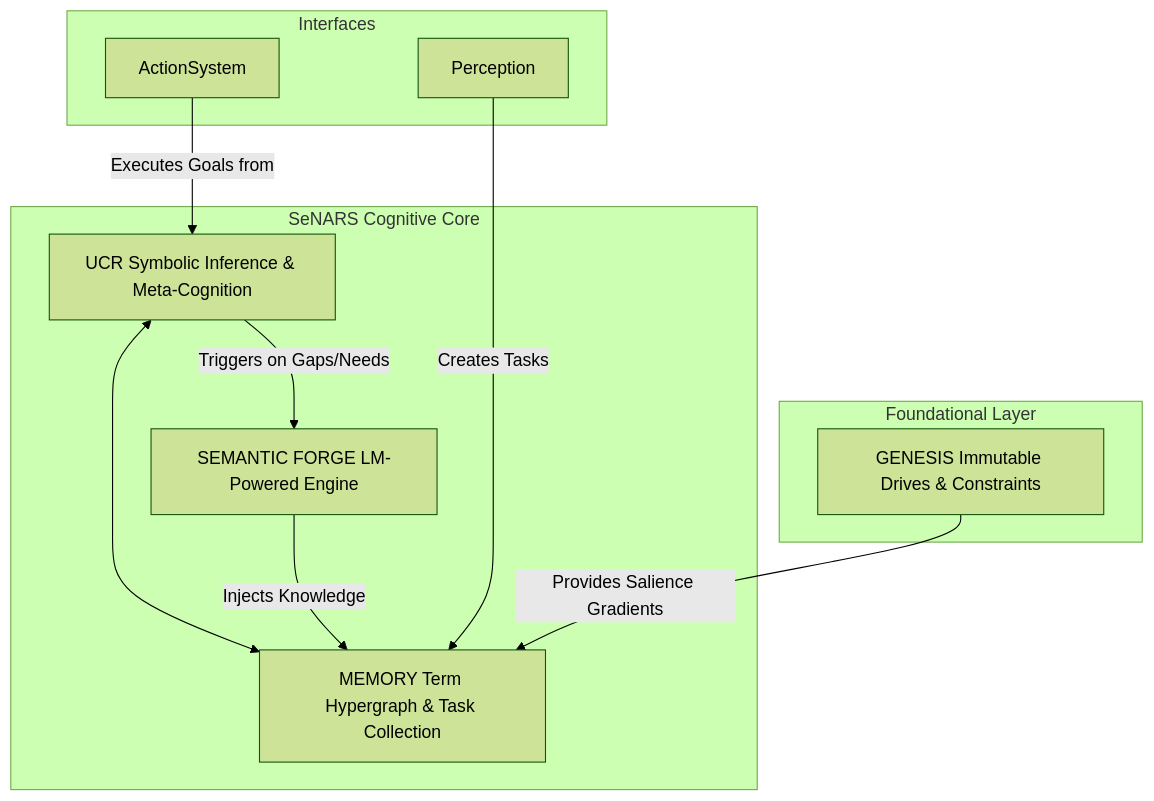
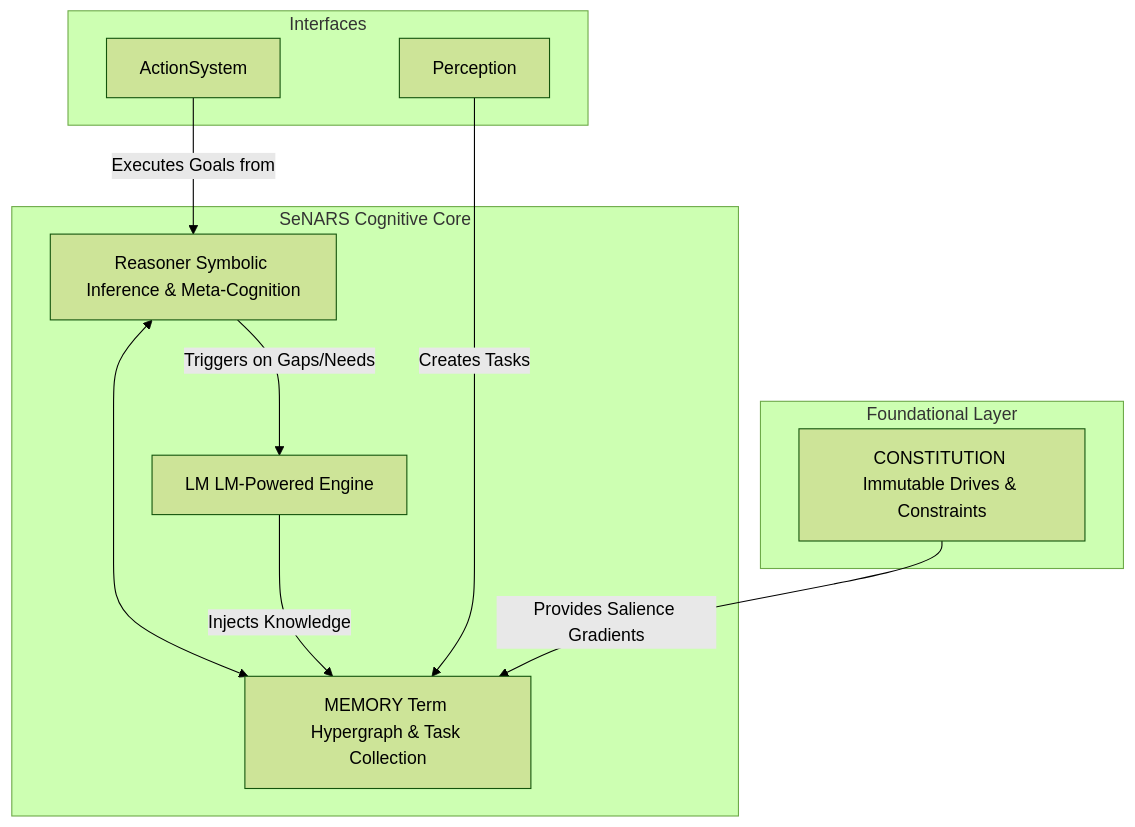
One commit to automenta/senars8 changed the diagram in README.md. Above: the diagram before and after it, drawn with Mermaid (forest theme). The commit also changed other lines of this file and 11 other files, not shown here.

First line of the commit message:
feat: Initial implementation of the SeNARS cognitive architecture

````diff
--- a/README.md
+++ b/README.md
@@ -26,21 +26,21 @@
 ```mermaid
 graph TD
     subgraph "SeNARS Cognitive Core"
-        UCR[UCR Symbolic Inference & Meta-Cognition]
+        Reasoner[Reasoner Symbolic Inference & Meta-Cognition]
         Memory[MEMORY Term Hypergraph & Task Collection]
-        SemanticForge[SEMANTIC FORGE LM-Powered Engine]
+        LM[LM LM-Powered Engine]
 
-        UCR <--> Memory
-        UCR -- Triggers on Gaps/Needs --> SemanticForge
-        SemanticForge -- Injects Knowledge --> Memory
+        Reasoner <--> Memory
+        Reasoner -- Triggers on Gaps/Needs --> LM
+        LM -- Injects Knowledge --> Memory
     end
 
     subgraph "Interfaces"
         Perception -- Creates Tasks --> Memory
-        ActionSystem -- Executes Goals from --> UCR
+        ActionSystem -- Executes Goals from --> Reasoner
     end
 
     subgraph "Foundational Layer"
-        GenesisCore[GENESIS Immutable Drives & Constraints] -- Provides Salience Gradients --> Memory
+        Constitution[CONSTITUTION Immutable Drives & Constraints] -- Provides Salience Gradients --> Memory
     end
 ```
````
